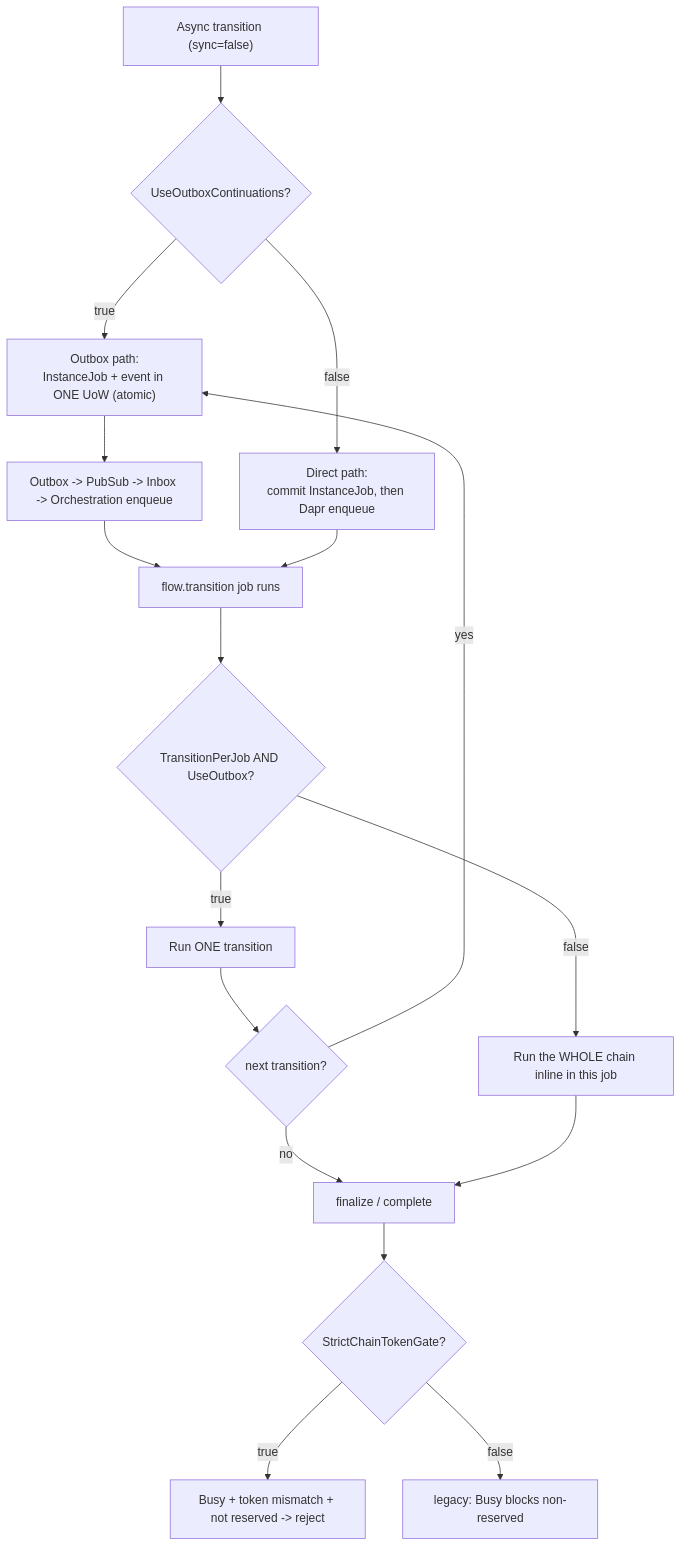
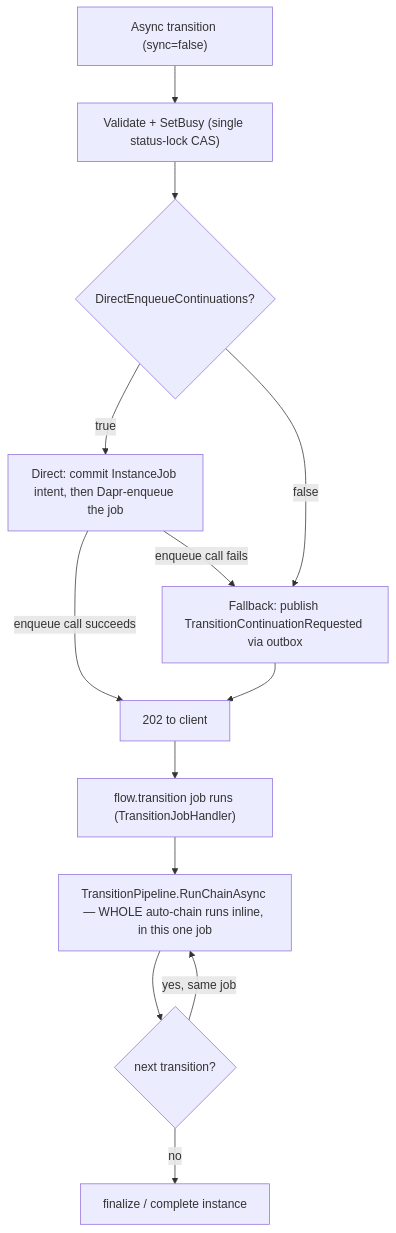
Before and after one commit to burgan-tech/vnext: the diagram in docs/architecture/async-transition-execution-modes.md, drawn with Mermaid. The commit also changed other lines of this file and 43 other files, not shown here.

First line of the commit message:
Fix/inline auto chain and sync subflow starts (#968)

````diff
--- a/docs/architecture/async-transition-execution-modes.md
+++ b/docs/architecture/async-transition-execution-modes.md
@@ -46,19 +68,15 @@
 ```mermaid
 flowchart TD
-    A["Async transition (sync=false)"] --> B{UseOutboxContinuations?}
-    B -->|true| C["Outbox path:<br/>InstanceJob + event in ONE UoW (atomic)"]
-    C --> D["Outbox -> PubSub -> Inbox -> Orchestration enqueue"]
-    B -->|false| E["Direct path:<br/>commit InstanceJob, then Dapr enqueue"]
-    D --> F["flow.transition job runs"]
+    A["Async transition (sync=false)"] --> B["Validate + SetBusy (single status-lock CAS)"]
+    B --> C{DirectEnqueueContinuations?}
+    C -->|true| D["Direct: commit InstanceJob intent, then Dapr-enqueue the job"]
+    D -->|enqueue call fails| E["Fallback: publish TransitionContinuationRequested via outbox"]
+    C -->|false| E
+    D -->|enqueue call succeeds| F["202 to client"]
     E --> F
-    F --> G{"TransitionPerJob AND UseOutbox?"}
-    G -->|true| H["Run ONE transition"]
-    H --> I{"next transition?"}
-    I -->|yes| C
-    I -->|no| J["finalize / complete"]
-    G -->|false| K["Run the WHOLE chain inline in this job"]
-    K --> J
-    J --> L{"StrictChainTokenGate?"}
-    L -->|true| M["Busy + token mismatch + not reserved -> reject"]
-    L -->|false| N["legacy: Busy blocks non-reserved"]
+    F --> G["flow.transition job runs (TransitionJobHandler)"]
+    G --> H["TransitionPipeline.RunChainAsync — WHOLE auto-chain runs inline, in this one job"]
+    H --> I{next transition?}
+    I -->|yes, same job| H
+    I -->|no| J["finalize / complete instance"]
 ```
````
